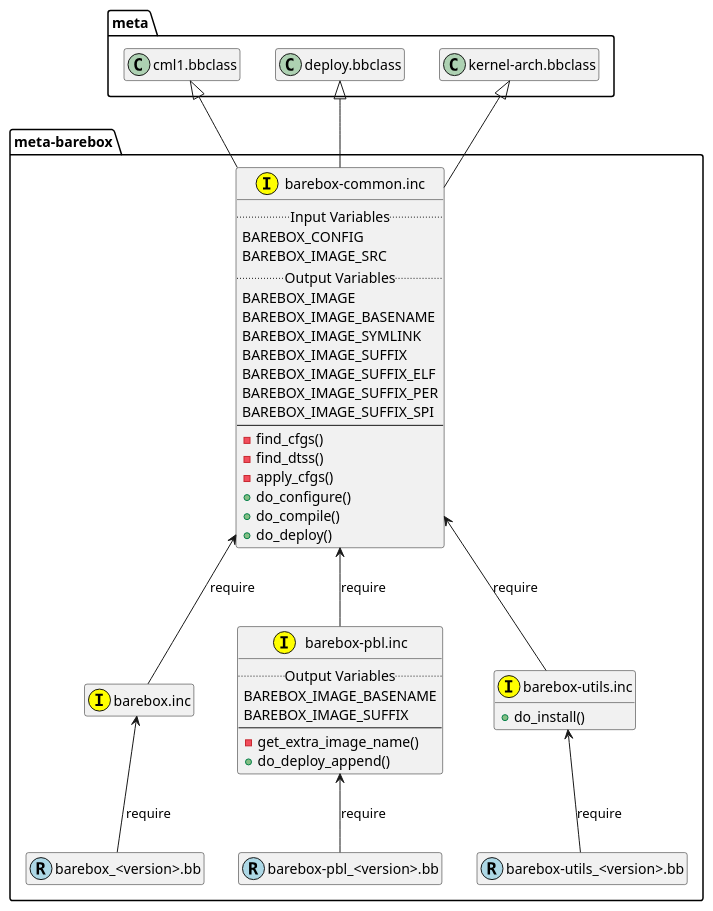
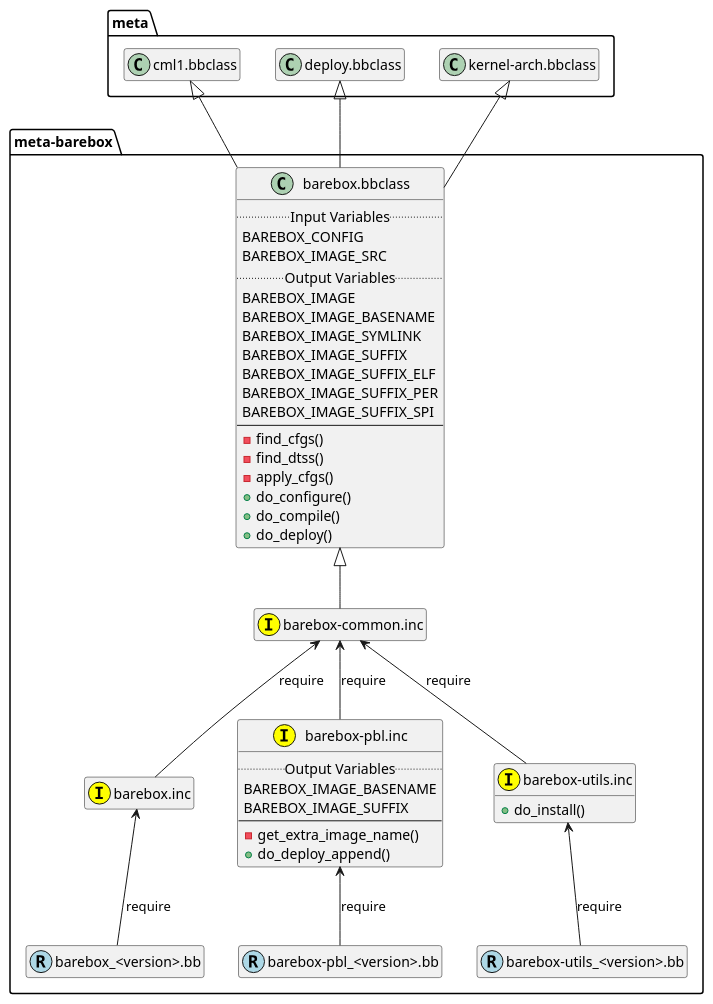
The diagram in doc/barebox_recipes.plantuml (menschel-d/meta-barebox), drawn with PlantUML before and after one commit. The commit also changed 2 other files, not shown here.

Commit message:
ref-manual.md: update interface diagram

```diff
--- a/doc/barebox_recipes.plantuml
+++ b/doc/barebox_recipes.plantuml
@@ -1,73 +1,77 @@
 @startuml
 
 skinparam packageStyle Folder
 
 package "meta" {
 	class Cml1 as "cml1.bbclass"
 	class Deploy as "deploy.bbclass"
 	class KernelArch as "kernel-arch.bbclass"
 }
 
 package "meta-barebox" {
-	class BareboxCommonInc as "barebox-common.inc" << (I, yellow) >> {
+	class Barebox as "barebox.bbclass" {
 		.. Input Variables ..
 		BAREBOX_CONFIG
 		BAREBOX_IMAGE_SRC
 		.. Output Variables ..
 		BAREBOX_IMAGE
 		BAREBOX_IMAGE_BASENAME
 		BAREBOX_IMAGE_SYMLINK
 		BAREBOX_IMAGE_SUFFIX
 		BAREBOX_IMAGE_SUFFIX_ELF
 		BAREBOX_IMAGE_SUFFIX_PER
 		BAREBOX_IMAGE_SUFFIX_SPI
 		--
 		-find_cfgs()
 		-find_dtss()
 		-apply_cfgs()
 		+do_configure()
 		+do_compile()
 		+do_deploy()
+	}
+
+	class BareboxCommonInc as "barebox-common.inc" << (I, yellow) >> {
 	}
 
 	class BareboxInc as "barebox.inc" << (I, yellow) >> {
 	}
 
 	class BareboxPblInc as "barebox-pbl.inc" << (I, yellow) >> {
 		.. Output Variables ..
 		BAREBOX_IMAGE_BASENAME
 		BAREBOX_IMAGE_SUFFIX
 		--
 		-get_extra_image_name()
 		+do_deploy_append()
 	}
 
 	class BareboxUtilsInc as "barebox-utils.inc" << (I, yellow) >> {
 		+do_install()
 	}
 
 	class BareboxBb as "barebox_<version>.bb" << (R, lightblue) >> {
 	}
 
 	class BareboxPblBb as "barebox-pbl_<version>.bb" << (R, lightblue) >> {
 	}
 
 	class BareboxUtilsBb as "barebox-utils_<version>.bb" << (R, lightblue) >> {
 	}
 
 	BareboxCommonInc <-- BareboxInc : require
 	BareboxCommonInc <-- BareboxPblInc : require
 	BareboxCommonInc <-- BareboxUtilsInc : require
 
 	BareboxInc <-- BareboxBb : require
 	BareboxPblInc <-- BareboxPblBb : require
 	BareboxUtilsInc <-- BareboxUtilsBb : require
 }
 
-Cml1 <|-- BareboxCommonInc
-Deploy <|-- BareboxCommonInc
-KernelArch <|-- BareboxCommonInc
+Cml1 <|-- Barebox
+Deploy <|-- Barebox
+KernelArch <|-- Barebox
+Barebox <|-- BareboxCommonInc
 
 hide empty members
 
 @enduml
```
